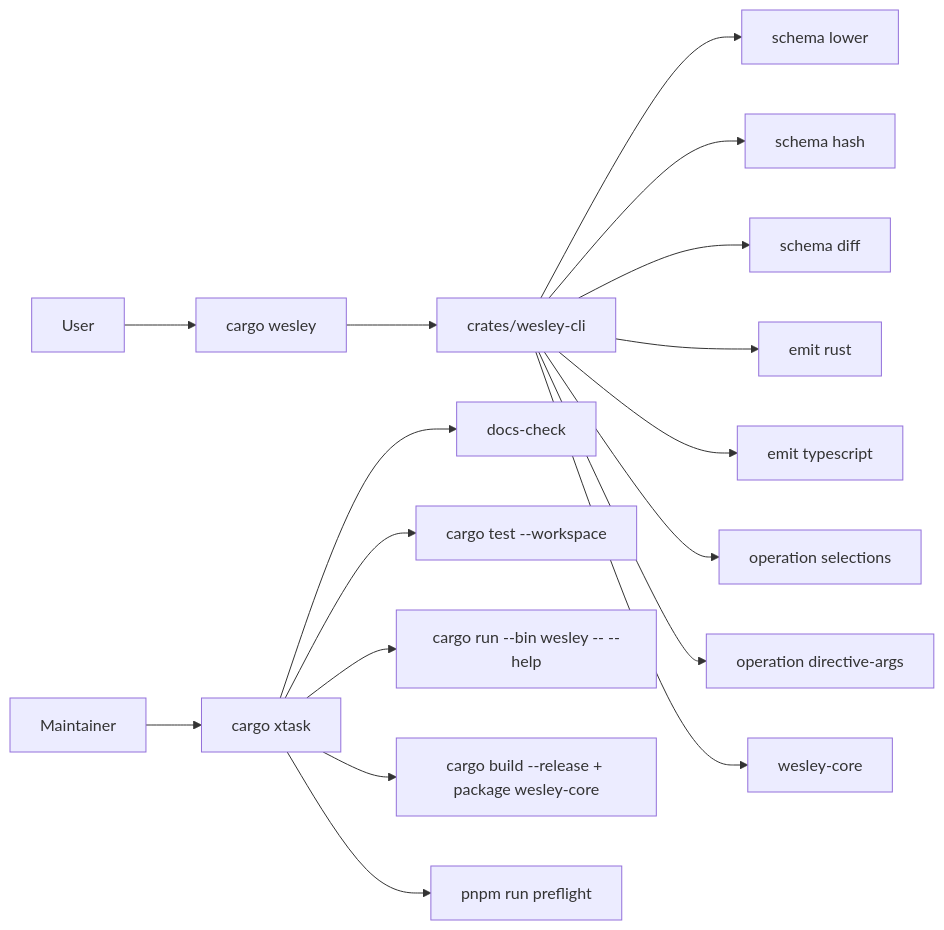
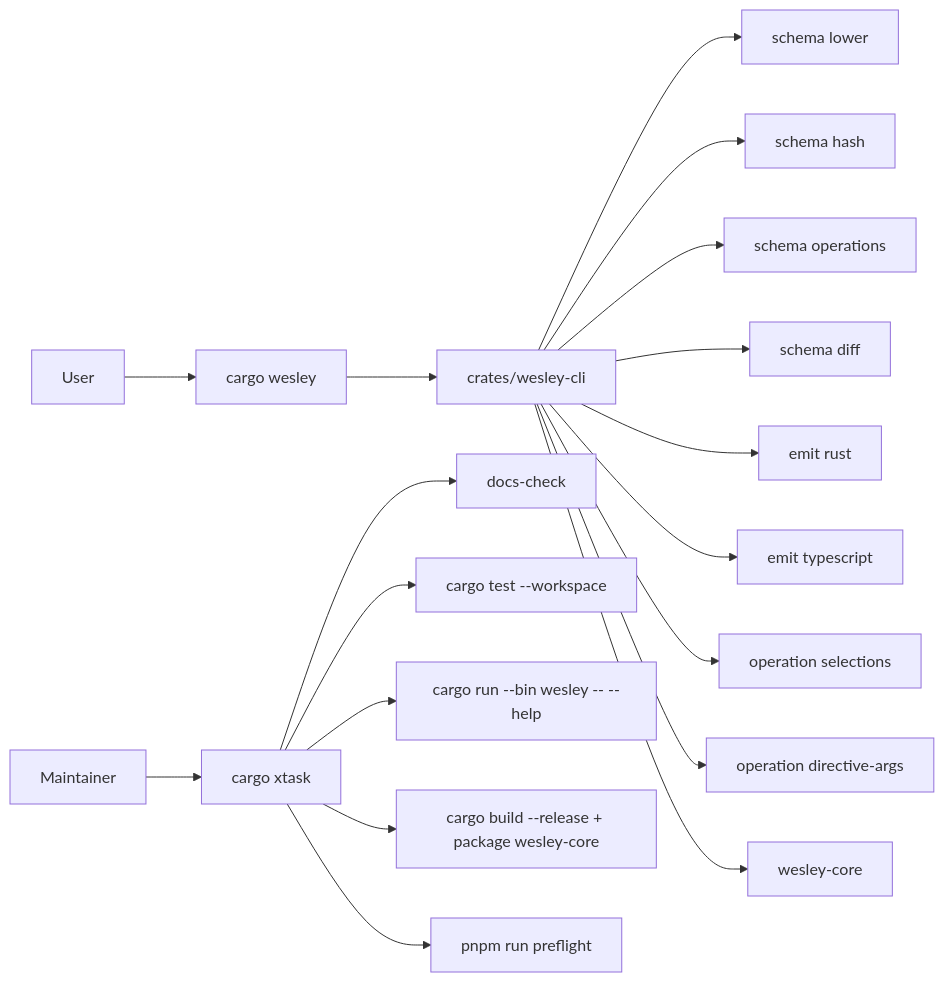
Before and after one commit to flyingrobots/wesley: the fifth of 9 diagrams in docs/ARCHITECTURE.md, drawn with Mermaid. The commit also changed other lines of this file and 12 other files, not shown here.

Commit message:
feat(core): add schema operation catalog

````diff
--- a/docs/ARCHITECTURE.md
+++ b/docs/ARCHITECTURE.md
@@ -386,20 +387,21 @@
 ```mermaid
 flowchart LR
     User --> CargoWesley[cargo wesley]
     CargoWesley --> WesleyBin[crates/wesley-cli]
     WesleyBin --> SchemaLower[schema lower]
     WesleyBin --> SchemaHash[schema hash]
+    WesleyBin --> SchemaOperations[schema operations]
     WesleyBin --> SchemaDiff[schema diff]
     WesleyBin --> EmitRust[emit rust]
     WesleyBin --> EmitTypescript[emit typescript]
     WesleyBin --> OpSelections[operation selections]
     WesleyBin --> DirectiveArgs[operation directive-args]
     WesleyBin --> CoreFacts[wesley-core]
 
     Maintainer --> CargoXtask[cargo xtask]
     CargoXtask --> DocsCheck[docs-check]
     CargoXtask --> Tests[cargo test --workspace]
     CargoXtask --> NativeHelp[cargo run --bin wesley -- --help]
     CargoXtask --> Release[cargo build --release + package wesley-core]
     CargoXtask --> Legacy[pnpm run preflight]
 ```
````
